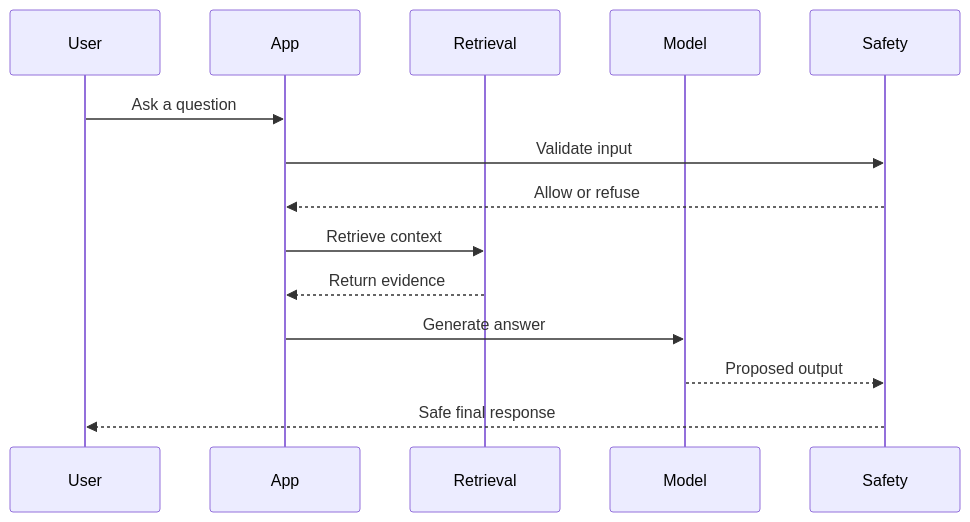
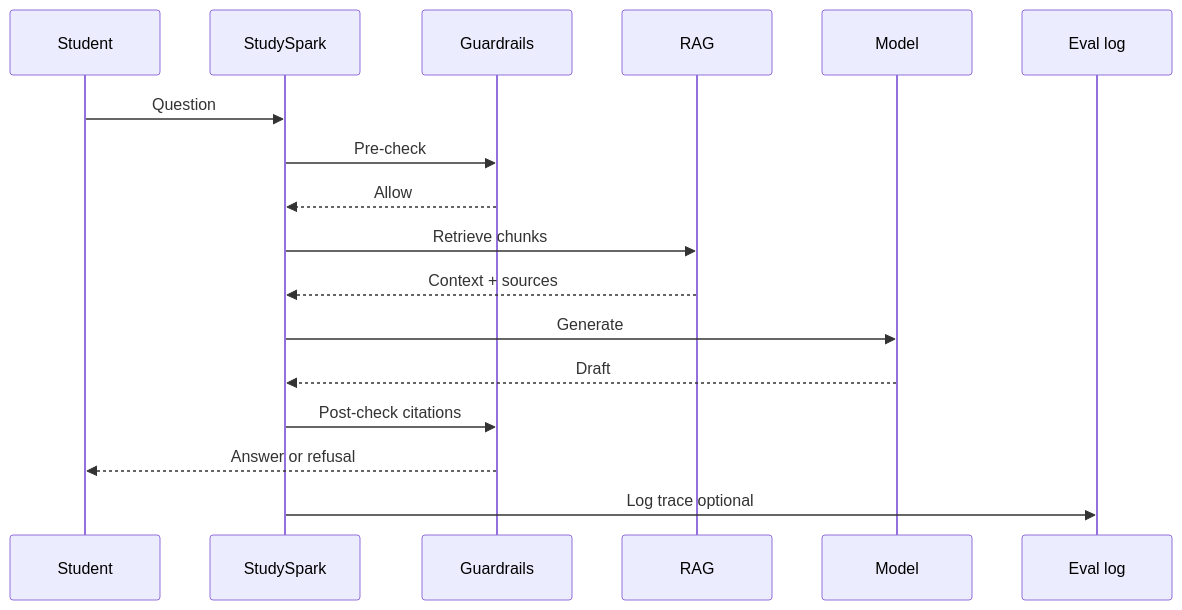
The fourth of 11 diagrams in day_30/day_30_capstone_project.md (Asabeneh/30-Days-Of-AI-Engineering), drawn with Mermaid before and after one commit. The commit also changed other lines of this file and 49 other files, not shown here.

````diff
--- a/day_30/day_30_capstone_project.md
+++ b/day_30/day_30_capstone_project.md
@@ -170,17 +260,20 @@
 ```mermaid
 sequenceDiagram
-    participant U as User
-    participant A as App
-    participant R as Retrieval
+    participant S as Student
+    participant A as StudySpark
+    participant G as Guardrails
+    participant R as RAG
     participant M as Model
-    participant S as Safety
+    participant E as Eval log
 
-    U->>A: Ask a question
-    A->>S: Validate input
-    S-->>A: Allow or refuse
-    A->>R: Retrieve context
-    R-->>A: Return evidence
-    A->>M: Generate answer
-    M-->>S: Proposed output
-    S-->>U: Safe final response
+    S->>A: Question
+    A->>G: Pre-check
+    G-->>A: Allow
+    A->>R: Retrieve chunks
+    R-->>A: Context + sources
+    A->>M: Generate
+    M-->>A: Draft
+    A->>G: Post-check citations
+    G-->>S: Answer or refusal
+    A->>E: Log trace optional
 ```
````
